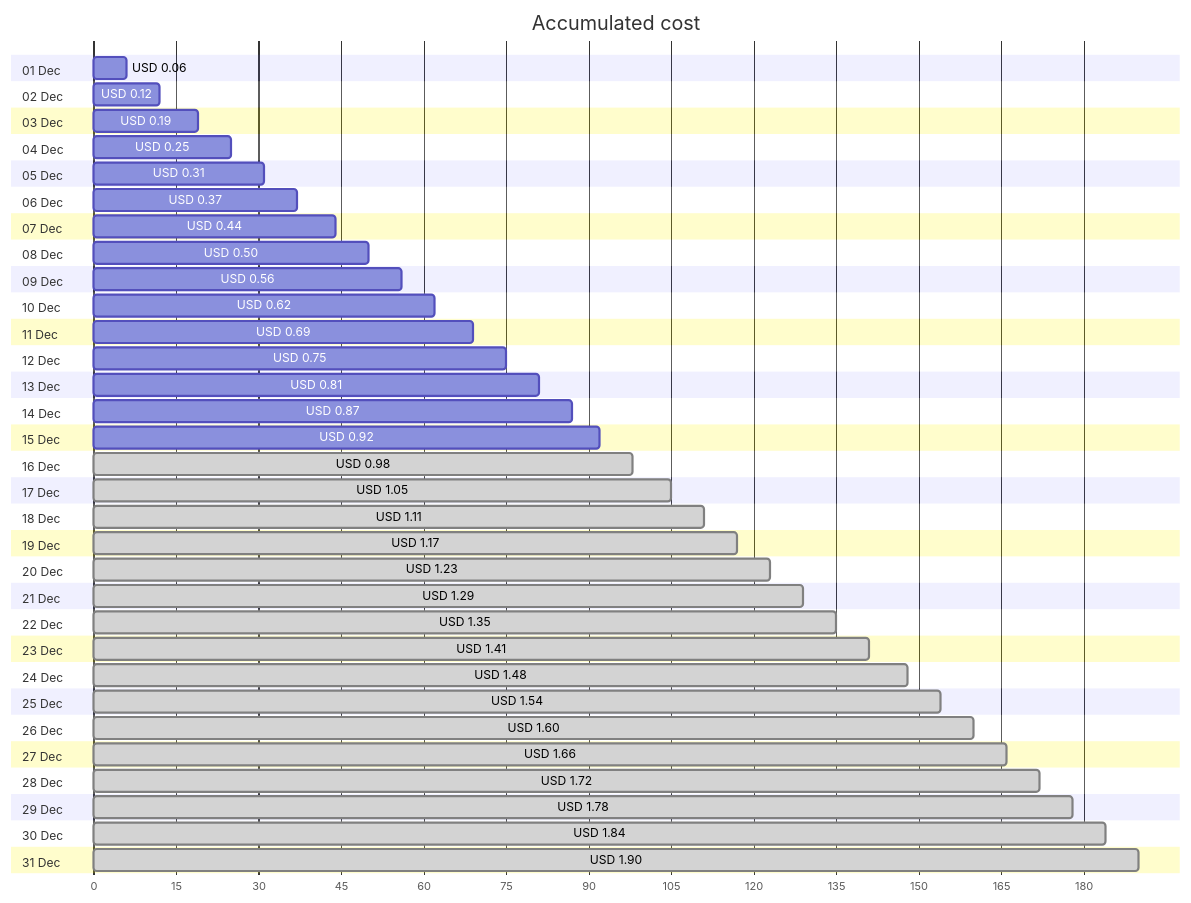
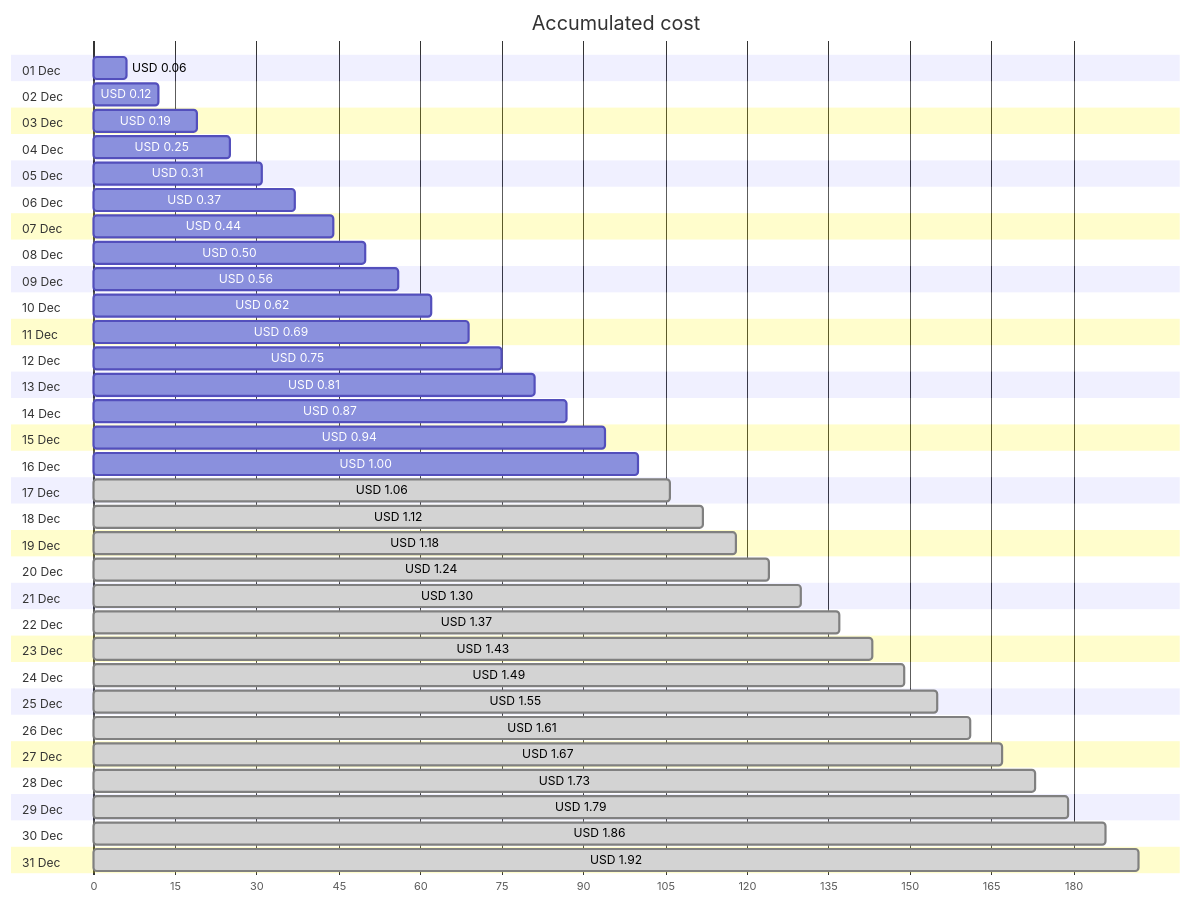
Before and after one commit to jpfulton/azure-personal-reports: the first of 4 diagrams in cost-reports/personal-network/vpn-server_OsDisk.md, drawn with Mermaid. The commit also changed other lines of this file and 8 other files, not shown here.

````diff
--- a/cost-reports/personal-network/vpn-server_OsDisk.md
+++ b/cost-reports/personal-network/vpn-server_OsDisk.md
@@ -20,68 +20,68 @@
 ```mermaid
 gantt
    title Accumulated cost
    dateFormat  X
    axisFormat %s
    section 01 Dec
    USD 0.06 :0, 6
    section 02 Dec
    USD 0.12 :0, 12
    section 03 Dec
    USD 0.19 :0, 19
    section 04 Dec
    USD 0.25 :0, 25
    section 05 Dec
    USD 0.31 :0, 31
    section 06 Dec
    USD 0.37 :0, 37
    section 07 Dec
    USD 0.44 :0, 44
    section 08 Dec
    USD 0.50 :0, 50
    section 09 Dec
    USD 0.56 :0, 56
    section 10 Dec
    USD 0.62 :0, 62
    section 11 Dec
    USD 0.69 :0, 69
    section 12 Dec
    USD 0.75 :0, 75
    section 13 Dec
    USD 0.81 :0, 81
    section 14 Dec
    USD 0.87 :0, 87
    section 15 Dec
-   USD 0.92 :0, 92
+   USD 0.94 :0, 94
    section 16 Dec
-   USD 0.98 : done, 0, 98
+   USD 1.00 :0, 100
    section 17 Dec
-   USD 1.05 : done, 0, 105
+   USD 1.06 : done, 0, 106
    section 18 Dec
-   USD 1.11 : done, 0, 111
+   USD 1.12 : done, 0, 112
    section 19 Dec
-   USD 1.17 : done, 0, 117
+   USD 1.18 : done, 0, 118
    section 20 Dec
-   USD 1.23 : done, 0, 123
+   USD 1.24 : done, 0, 124
    section 21 Dec
-   USD 1.29 : done, 0, 129
+   USD 1.30 : done, 0, 130
    section 22 Dec
-   USD 1.35 : done, 0, 135
+   USD 1.37 : done, 0, 137
    section 23 Dec
-   USD 1.41 : done, 0, 141
+   USD 1.43 : done, 0, 143
    section 24 Dec
-   USD 1.48 : done, 0, 148
+   USD 1.49 : done, 0, 149
    section 25 Dec
-   USD 1.54 : done, 0, 154
+   USD 1.55 : done, 0, 155
    section 26 Dec
-   USD 1.60 : done, 0, 160
+   USD 1.61 : done, 0, 161
    section 27 Dec
-   USD 1.66 : done, 0, 166
+   USD 1.67 : done, 0, 167
    section 28 Dec
-   USD 1.72 : done, 0, 172
+   USD 1.73 : done, 0, 173
    section 29 Dec
-   USD 1.78 : done, 0, 178
+   USD 1.79 : done, 0, 179
    section 30 Dec
-   USD 1.84 : done, 0, 184
+   USD 1.86 : done, 0, 186
    section 31 Dec
-   USD 1.90 : done, 0, 190
+   USD 1.92 : done, 0, 192
 ```
````
